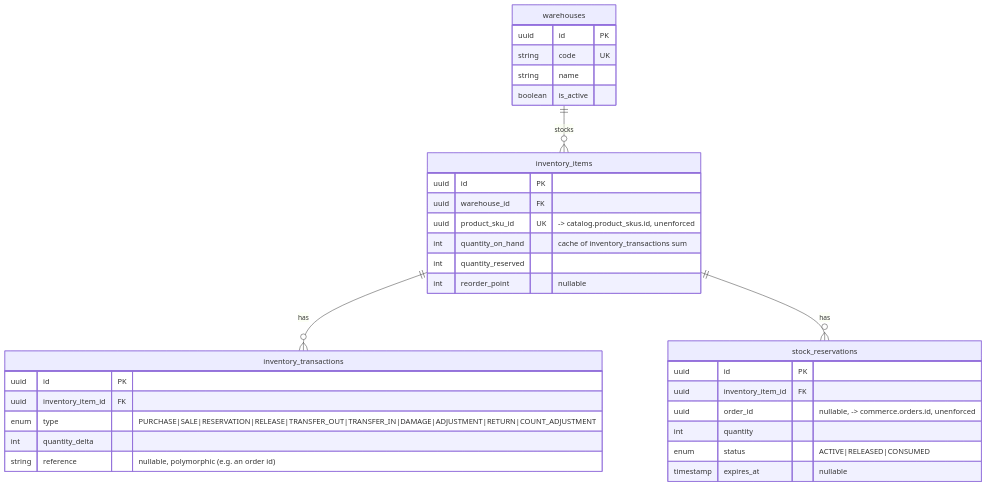
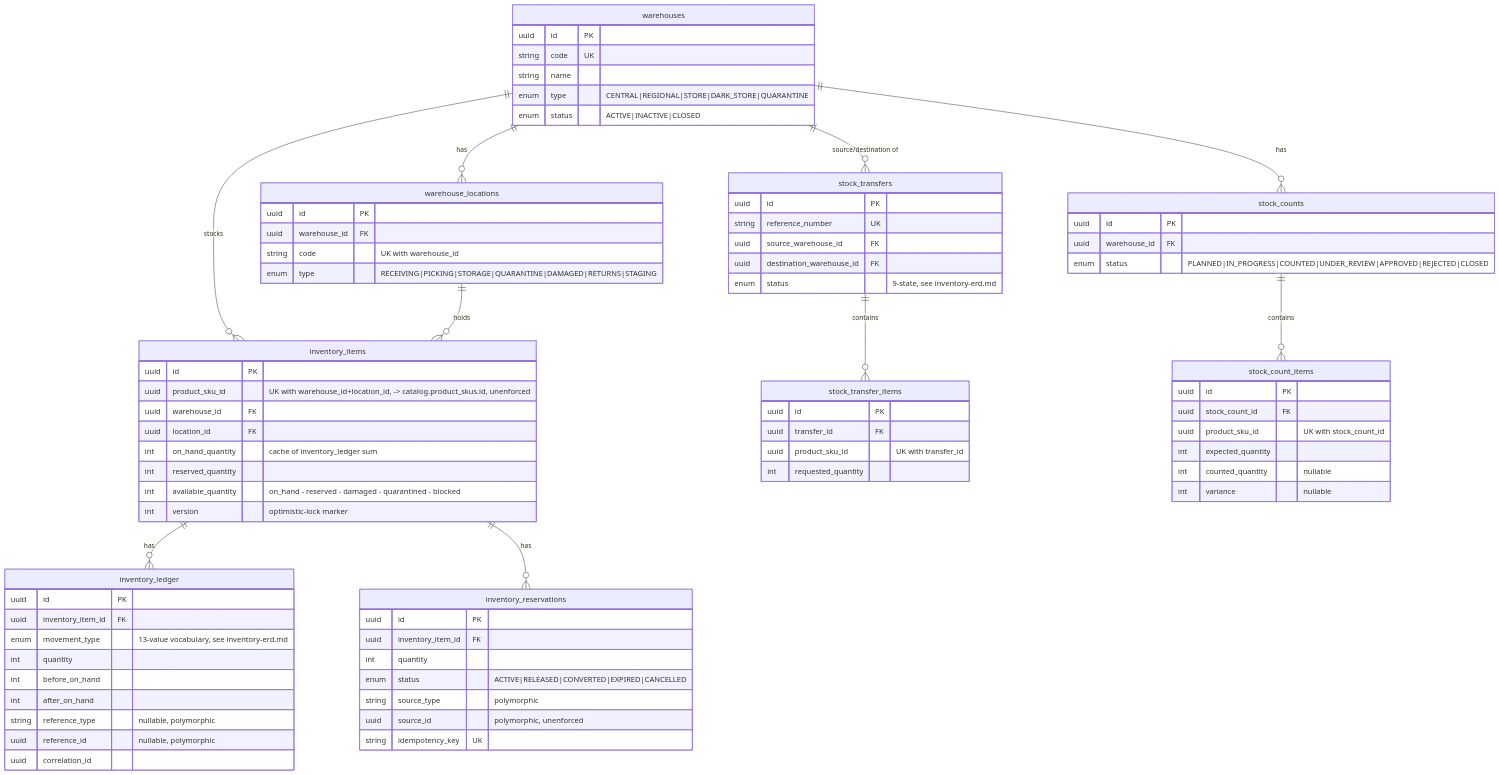
The fifth of 12 diagrams in docs/database/erd.md (HuseinHbz/Didar), drawn with Mermaid before and after one commit. The commit also changed other lines of this file and 11 other files, not shown here.

````diff
--- a/docs/database/erd.md
+++ b/docs/database/erd.md
@@ -378,36 +392,82 @@
 ```mermaid
 erDiagram
+    warehouses ||--o{ warehouse_locations : has
     warehouses ||--o{ inventory_items : stocks
-    inventory_items ||--o{ inventory_transactions : has
-    inventory_items ||--o{ stock_reservations : has
+    warehouse_locations ||--o{ inventory_items : holds
+    inventory_items ||--o{ inventory_ledger : has
+    inventory_items ||--o{ inventory_reservations : has
+    warehouses ||--o{ stock_transfers : "source/destination of"
+    stock_transfers ||--o{ stock_transfer_items : contains
+    warehouses ||--o{ stock_counts : has
+    stock_counts ||--o{ stock_count_items : contains
 
     warehouses {
         uuid id PK
         string code UK
         string name
-        boolean is_active
+        enum type "CENTRAL|REGIONAL|STORE|DARK_STORE|QUARANTINE"
+        enum status "ACTIVE|INACTIVE|CLOSED"
+    }
+    warehouse_locations {
+        uuid id PK
+        uuid warehouse_id FK
+        string code "UK with warehouse_id"
+        enum type "RECEIVING|PICKING|STORAGE|QUARANTINE|DAMAGED|RETURNS|STAGING"
     }
     inventory_items {
         uuid id PK
+        uuid product_sku_id "UK with warehouse_id+location_id, -> catalog.product_skus.id, unenforced"
         uuid warehouse_id FK
-        uuid product_sku_id UK "-> catalog.product_skus.id, unenforced"
-        int quantity_on_hand "cache of inventory_transactions sum"
-        int quantity_reserved
-        int reorder_point "nullable"
+        uuid location_id FK
+        int on_hand_quantity "cache of inventory_ledger sum"
+        int reserved_quantity
+        int available_quantity "on_hand - reserved - damaged - quarantined - blocked"
+        int version "optimistic-lock marker"
     }
-    inventory_transactions {
+    inventory_ledger {
         uuid id PK
         uuid inventory_item_id FK
-        enum type "PURCHASE|SALE|RESERVATION|RELEASE|TRANSFER_OUT|TRANSFER_IN|DAMAGE|ADJUSTMENT|RETURN|COUNT_ADJUSTMENT"
-        int quantity_delta
-        string reference "nullable, polymorphic (e.g. an order id)"
+        enum movement_type "13-value vocabulary, see inventory-erd.md"
+        int quantity
+        int before_on_hand
+        int after_on_hand
+        string reference_type "nullable, polymorphic"
+        uuid reference_id "nullable, polymorphic"
+        uuid correlation_id
     }
-    stock_reservations {
+    inventory_reservations {
         uuid id PK
         uuid inventory_item_id FK
-        uuid order_id "nullable, -> commerce.orders.id, unenforced"
         int quantity
-        enum status "ACTIVE|RELEASED|CONSUMED"
-        timestamp expires_at "nullable"
+        enum status "ACTIVE|RELEASED|CONVERTED|EXPIRED|CANCELLED"
+        string source_type "polymorphic"
+        uuid source_id "polymorphic, unenforced"
+        string idempotency_key UK
+    }
+    stock_transfers {
+        uuid id PK
+        string reference_number UK
+        uuid source_warehouse_id FK
+        uuid destination_warehouse_id FK
+        enum status "9-state, see inventory-erd.md"
+    }
+    stock_transfer_items {
+        uuid id PK
+        uuid transfer_id FK
+        uuid product_sku_id "UK with transfer_id"
+        int requested_quantity
+    }
+    stock_counts {
+        uuid id PK
+        uuid warehouse_id FK
+        enum status "PLANNED|IN_PROGRESS|COUNTED|UNDER_REVIEW|APPROVED|REJECTED|CLOSED"
+    }
+    stock_count_items {
+        uuid id PK
+        uuid stock_count_id FK
+        uuid product_sku_id "UK with stock_count_id"
+        int expected_quantity
+        int counted_quantity "nullable"
+        int variance "nullable"
     }
 ```
````
